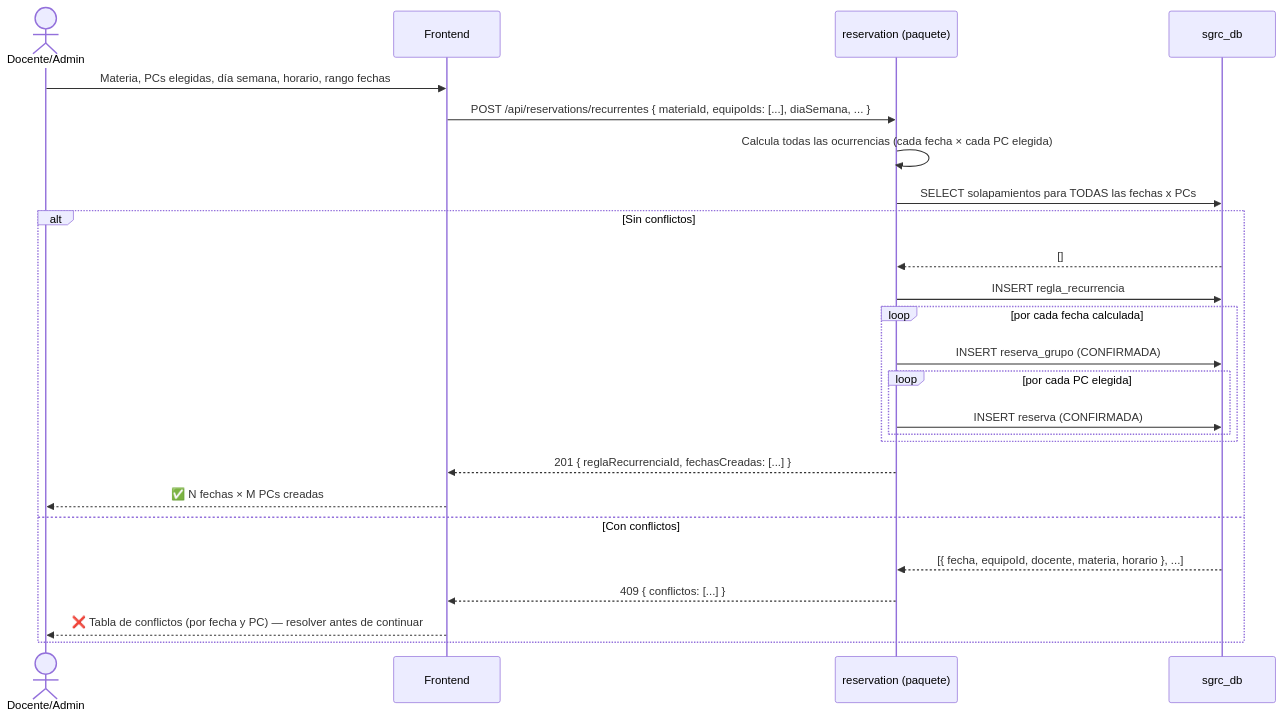
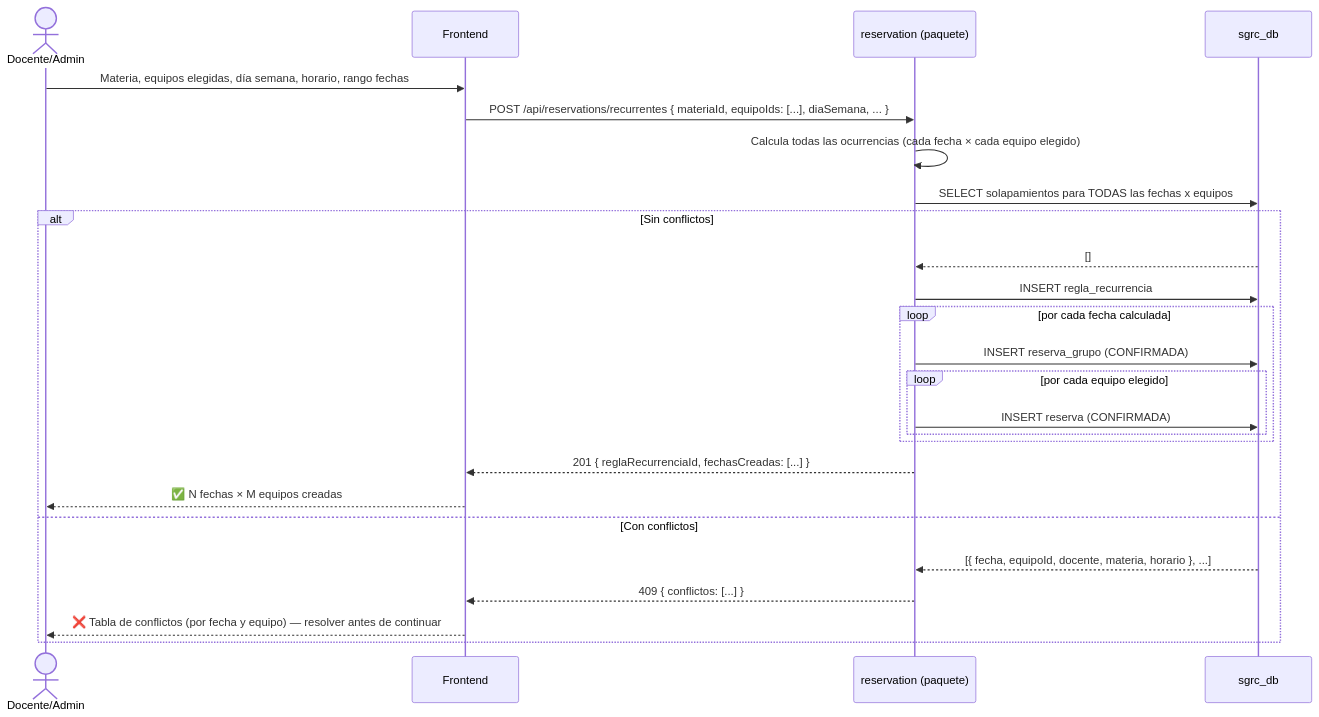
Before and after one commit to agustin-y2k/sgrc: the fourth of 13 diagrams in docs/04-diagramas-secuencia.md, drawn with Mermaid. The commit also changed other lines of this file and 81 other files, not shown here.

````diff
--- a/docs/04-diagramas-secuencia.md
+++ b/docs/04-diagramas-secuencia.md
@@ -128,28 +128,28 @@
 ```mermaid
 sequenceDiagram
     actor U as Docente/Admin
     participant FE as Frontend
     participant RES as reservation (paquete)
     participant DB as sgrc_db
 
-    U->>FE: Materia, PCs elegidas, día semana, horario, rango fechas
+    U->>FE: Materia, equipos elegidas, día semana, horario, rango fechas
     FE->>RES: POST /api/reservations/recurrentes { materiaId, equipoIds: [...], diaSemana, ... }
-    RES->>RES: Calcula todas las ocurrencias (cada fecha × cada PC elegida)
-    RES->>DB: SELECT solapamientos para TODAS las fechas x PCs
+    RES->>RES: Calcula todas las ocurrencias (cada fecha × cada equipo elegido)
+    RES->>DB: SELECT solapamientos para TODAS las fechas x equipos
     alt Sin conflictos
         DB-->>RES: []
         RES->>DB: INSERT regla_recurrencia
         loop por cada fecha calculada
             RES->>DB: INSERT reserva_grupo (CONFIRMADA)
-            loop por cada PC elegida
+            loop por cada equipo elegido
                 RES->>DB: INSERT reserva (CONFIRMADA)
             end
         end
         RES-->>FE: 201 { reglaRecurrenciaId, fechasCreadas: [...] }
-        FE-->>U: ✅ N fechas × M PCs creadas
+        FE-->>U: ✅ N fechas × M equipos creadas
     else Con conflictos
         DB-->>RES: [{ fecha, equipoId, docente, materia, horario }, ...]
         RES-->>FE: 409 { conflictos: [...] }
-        FE-->>U: ❌ Tabla de conflictos (por fecha y PC) — resolver antes de continuar
+        FE-->>U: ❌ Tabla de conflictos (por fecha y equipo) — resolver antes de continuar
     end
 ```
````
